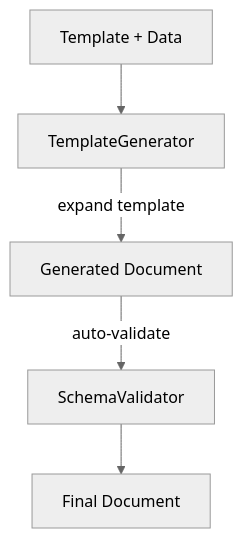
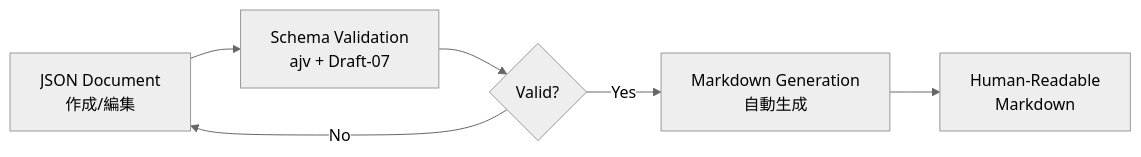
The second of 3 diagrams in specs/architecture.md (mahitotsu/ukiyoue), drawn with Mermaid (neutral theme) before and after one commit. The commit also changed other lines of this file, not shown here.

First line of the commit message:
refactor(specs): Simplify architecture.md to focus on ADR links and current state

````diff
--- a/specs/architecture.md
+++ b/specs/architecture.md
@@ -661,7 +104,8 @@
 ```mermaid
-flowchart TD
-    Input[Template + Data] --> TemplateGenerator
-    TemplateGenerator -->|expand template| Generated[Generated Document]
-    Generated -->|auto-validate| SchemaValidator
-    SchemaValidator --> Final[Final Document]
+flowchart LR
+    A[JSON Document<br/>作成/編集] --> B[Schema Validation<br/>ajv + Draft-07]
+    B --> C{Valid?}
+    C -->|Yes| D[Markdown Generation<br/>自動生成]
+    C -->|No| A
+    D --> E[Human-Readable<br/>Markdown]
 ```
````
